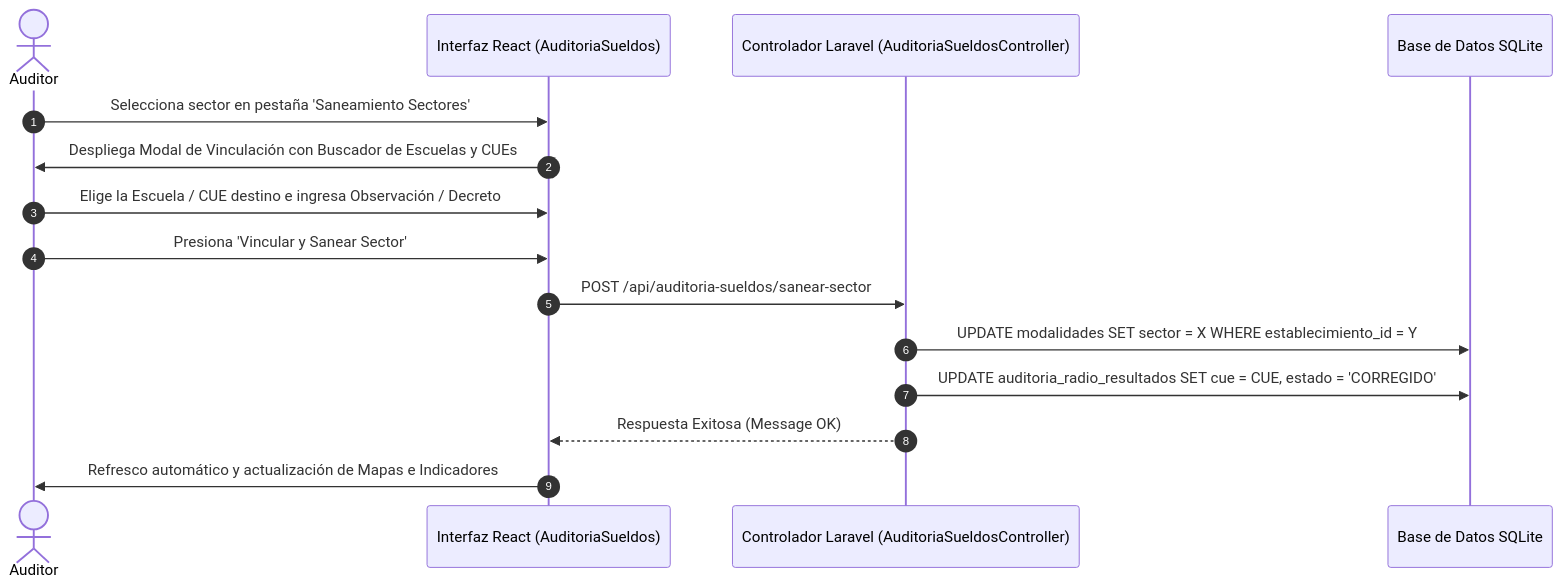
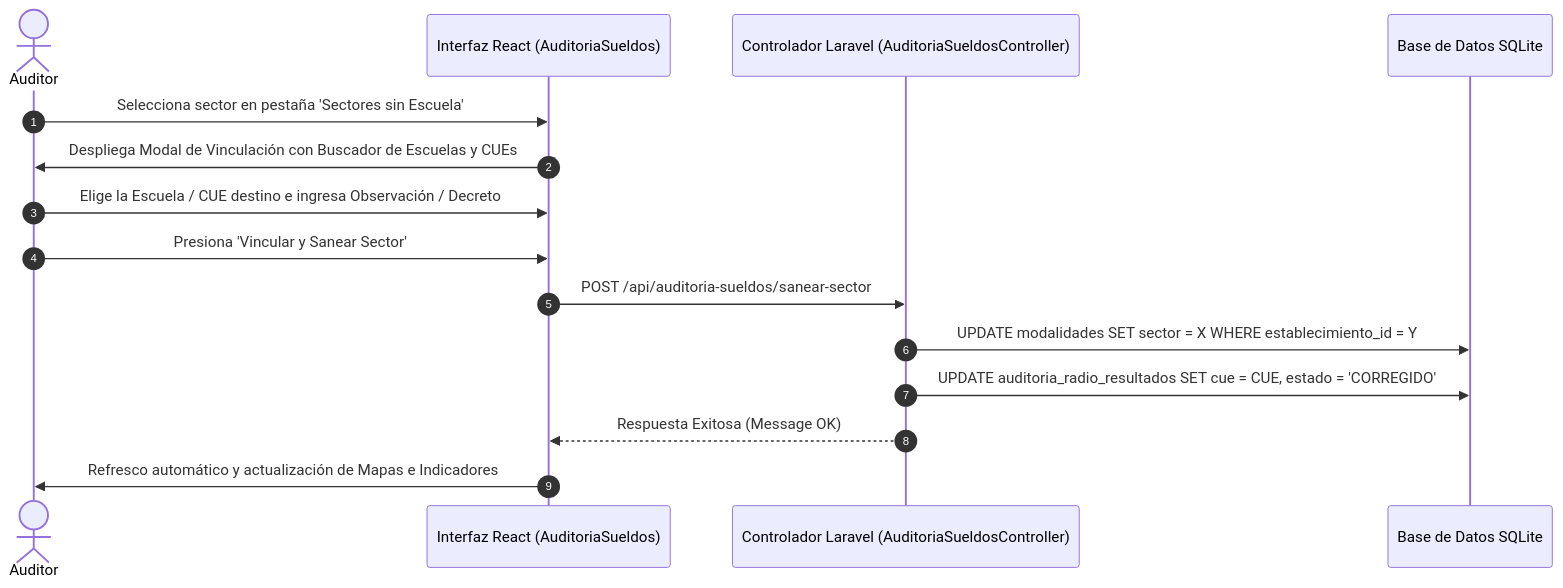
Before and after one commit to Noodle1981/edu-auditor: the diagram in doc/saneamiento_sectores.md, drawn with Mermaid. The commit also changed other lines of this file and 4 other files, not shown here.

````diff
--- a/doc/saneamiento_sectores.md
+++ b/doc/saneamiento_sectores.md
@@ -30,18 +30,18 @@
 ```mermaid
 sequenceDiagram
     autonumber
     actor Auditor
     participant UI as Interfaz React (AuditoriaSueldos)
     participant API as Controlador Laravel (AuditoriaSueldosController)
     participant DB as Base de Datos SQLite
 
-    Auditor->>UI: Selecciona sector en pestaña 'Saneamiento Sectores'
+    Auditor->>UI: Selecciona sector en pestaña 'Sectores sin Escuela'
     UI->>Auditor: Despliega Modal de Vinculación con Buscador de Escuelas y CUEs
     Auditor->>UI: Elige la Escuela / CUE destino e ingresa Observación / Decreto
     Auditor->>UI: Presiona 'Vincular y Sanear Sector'
     UI->>API: POST /api/auditoria-sueldos/sanear-sector
     API->>DB: UPDATE modalidades SET sector = X WHERE establecimiento_id = Y
     API->>DB: UPDATE auditoria_radio_resultados SET cue = CUE, estado = 'CORREGIDO'
     API-->>UI: Respuesta Exitosa (Message OK)
     UI->>Auditor: Refresco automático y actualización de Mapas e Indicadores
 ```
````
